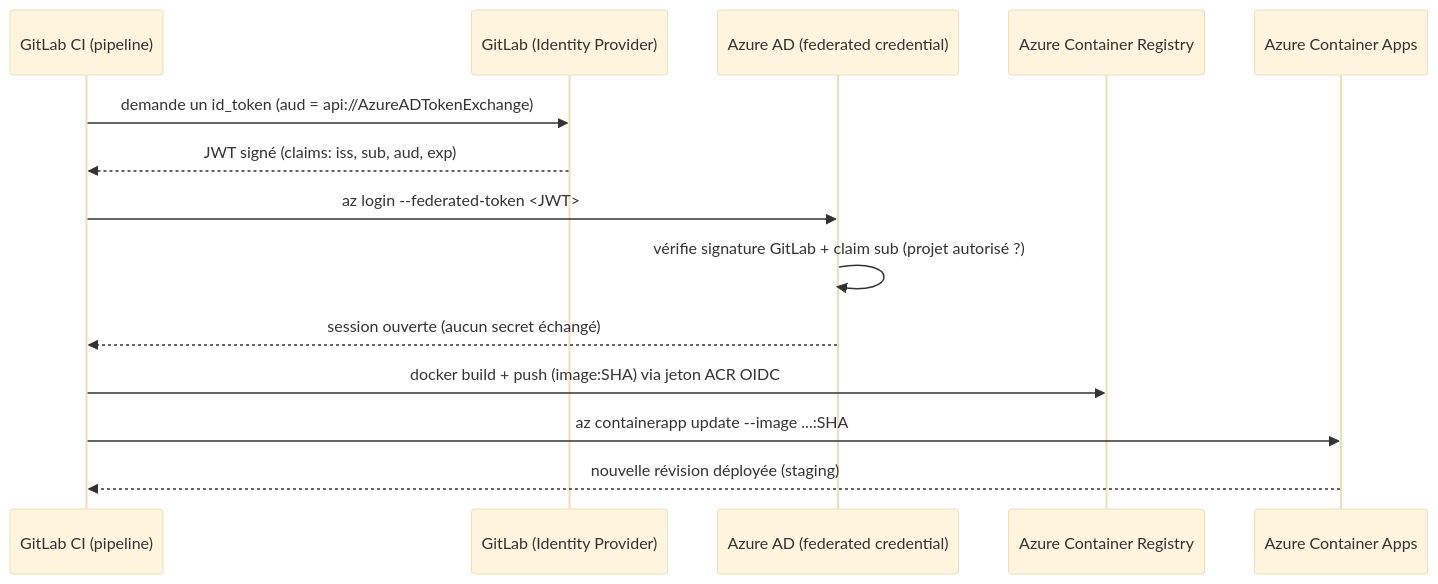
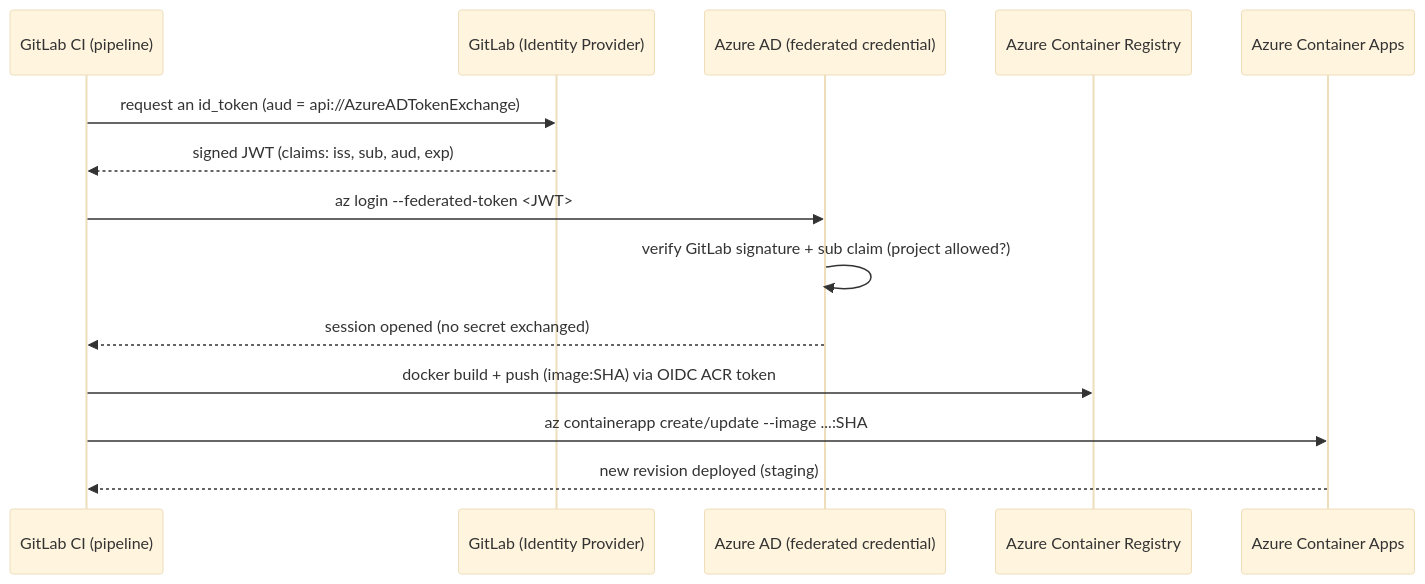
The diagram in README.md (WhiteMuush/simplon-azure-OCID-tp), drawn with Mermaid (base theme) before and after one commit. The commit also changed other lines of this file and 4 other files, not shown here.

````diff
--- a/README.md
+++ b/README.md
@@ -120,17 +147,17 @@
 ```mermaid
 sequenceDiagram
     participant CI as GitLab CI (pipeline)
     participant GL as GitLab (Identity Provider)
     participant AZ as Azure AD (federated credential)
     participant ACR as Azure Container Registry
     participant ACA as Azure Container Apps
 
-    CI->>GL: demande un id_token (aud = api://AzureADTokenExchange)
-    GL-->>CI: JWT signé (claims: iss, sub, aud, exp)
+    CI->>GL: request an id_token (aud = api://AzureADTokenExchange)
+    GL-->>CI: signed JWT (claims: iss, sub, aud, exp)
     CI->>AZ: az login --federated-token <JWT>
-    AZ->>AZ: vérifie signature GitLab + claim sub (projet autorisé ?)
-    AZ-->>CI: session ouverte (aucun secret échangé)
-    CI->>ACR: docker build + push (image:SHA) via jeton ACR OIDC
-    CI->>ACA: az containerapp update --image ...:SHA
-    ACA-->>CI: nouvelle révision déployée (staging)
+    AZ->>AZ: verify GitLab signature + sub claim (project allowed?)
+    AZ-->>CI: session opened (no secret exchanged)
+    CI->>ACR: docker build + push (image:SHA) via OIDC ACR token
+    CI->>ACA: az containerapp create/update --image ...:SHA
+    ACA-->>CI: new revision deployed (staging)
 ```
````
